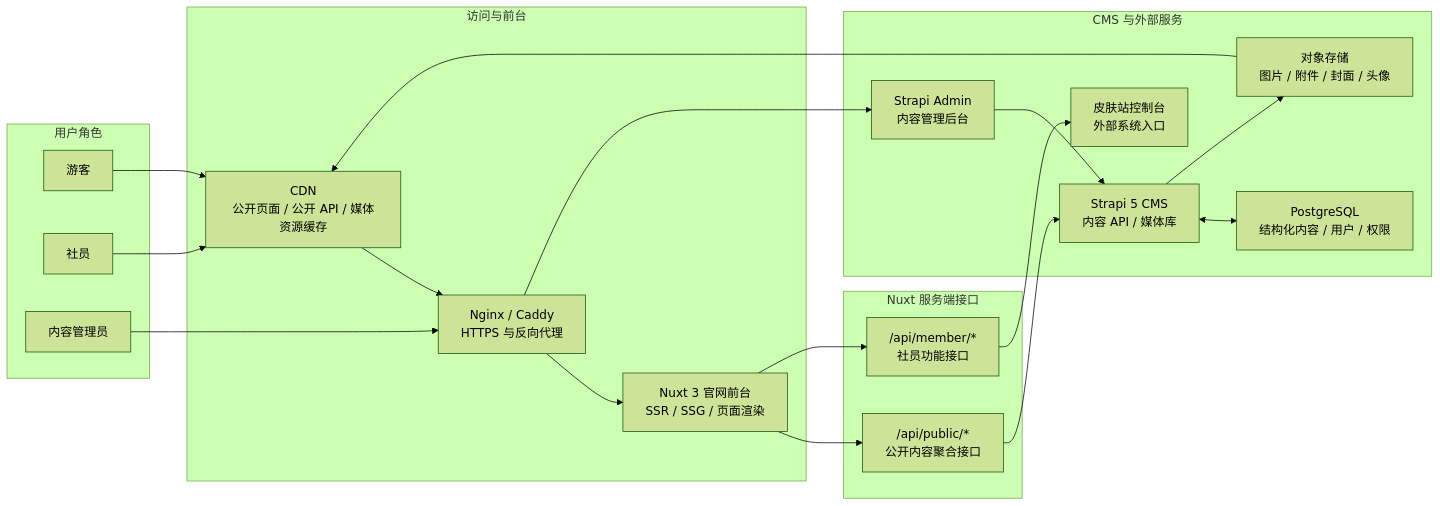
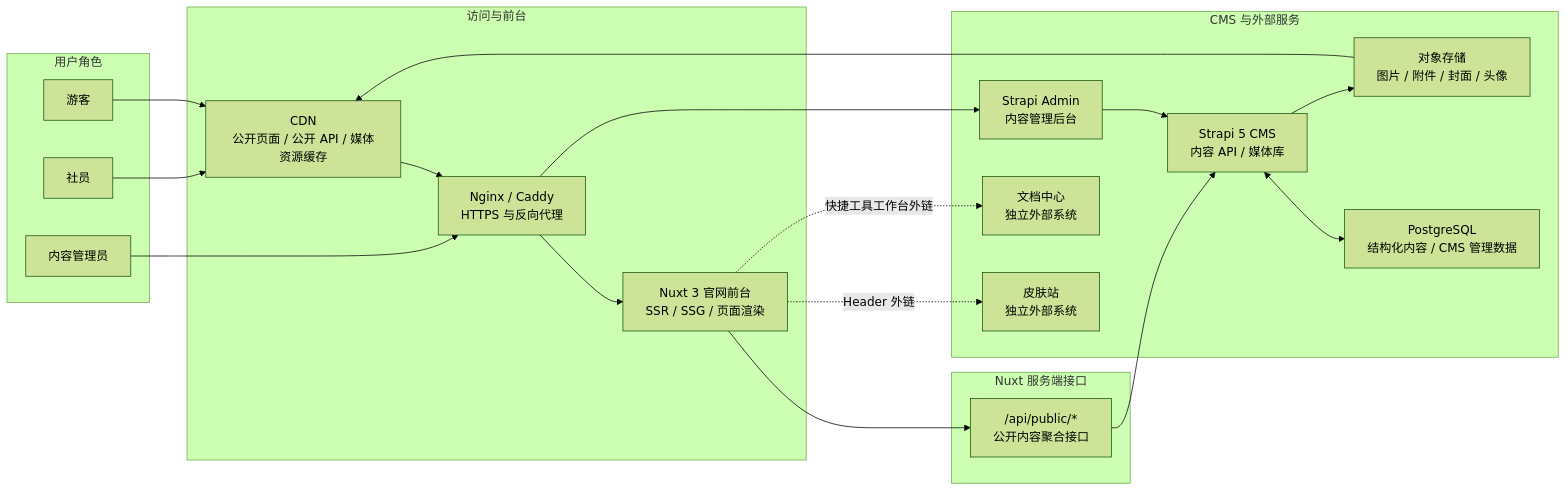
One commit to CUST-Minecraft/cust-offical-website changed the diagram in docs/总体设计文档.md. Above: the diagram before and after it, drawn with Mermaid (forest theme). The commit also changed other lines of this file and 5 other files, not shown here.

````diff
--- a/docs/总体设计文档.md
+++ b/docs/总体设计文档.md
@@ -57,46 +57,46 @@
 ```mermaid
 flowchart LR
   subgraph Users["用户角色"]
     Visitor["游客"]
     Member["社员"]
     ContentAdmin["内容管理员"]
   end
 
   subgraph Access["访问与前台"]
     CDN["CDN<br/>公开页面 / 公开 API / 媒体资源缓存"]
     Proxy["Nginx / Caddy<br/>HTTPS 与反向代理"]
     Nuxt["Nuxt 3 官网前台<br/>SSR / SSG / 页面渲染"]
   end
 
   subgraph NuxtAPI["Nuxt 服务端接口"]
     PublicAPI["/api/public/*<br/>公开内容聚合接口"]
-    MemberAPI["/api/member/*<br/>社员功能接口"]
   end
 
   subgraph Services["CMS 与外部服务"]
     StrapiAdmin["Strapi Admin<br/>内容管理后台"]
     Strapi["Strapi 5 CMS<br/>内容 API / 媒体库"]
-    PostgreSQL["PostgreSQL<br/>结构化内容 / 用户 / 权限"]
+    PostgreSQL["PostgreSQL<br/>结构化内容 / CMS 管理数据"]
     Storage["对象存储<br/>图片 / 附件 / 封面 / 头像"]
-    Skin["皮肤站控制台<br/>外部系统入口"]
+    Skin["皮肤站<br/>独立外部系统"]
+    Docs["文档中心<br/>独立外部系统"]
   end
 
   Visitor --> CDN
   Member --> CDN
   CDN --> Proxy
   Proxy --> Nuxt
 
   ContentAdmin --> Proxy
   Proxy --> StrapiAdmin
   StrapiAdmin --> Strapi
 
   Nuxt --> PublicAPI
   PublicAPI --> Strapi
 
-  Nuxt --> MemberAPI
-  MemberAPI --> Skin
+  Nuxt -. Header 外链 .-> Skin
+  Nuxt -. 快捷工具工作台外链 .-> Docs
 
   Strapi <--> PostgreSQL
   Strapi --> Storage
   Storage --> CDN
 ```
````
